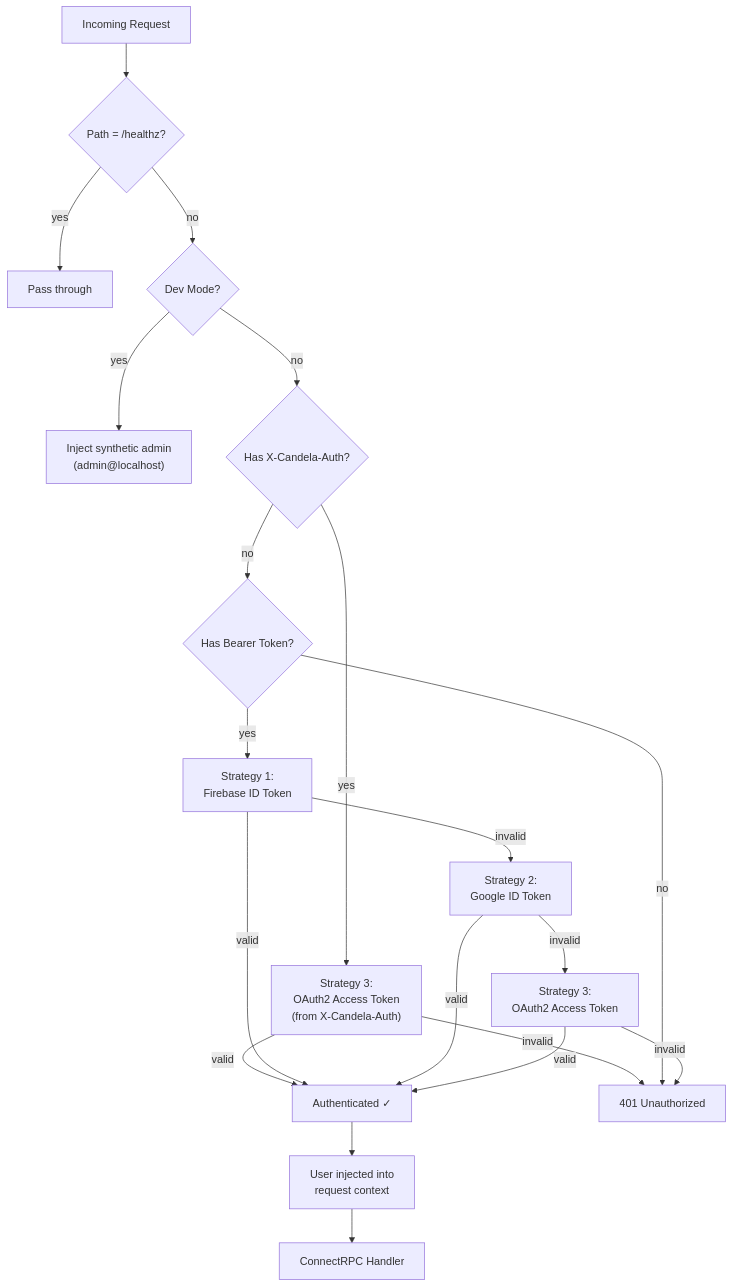
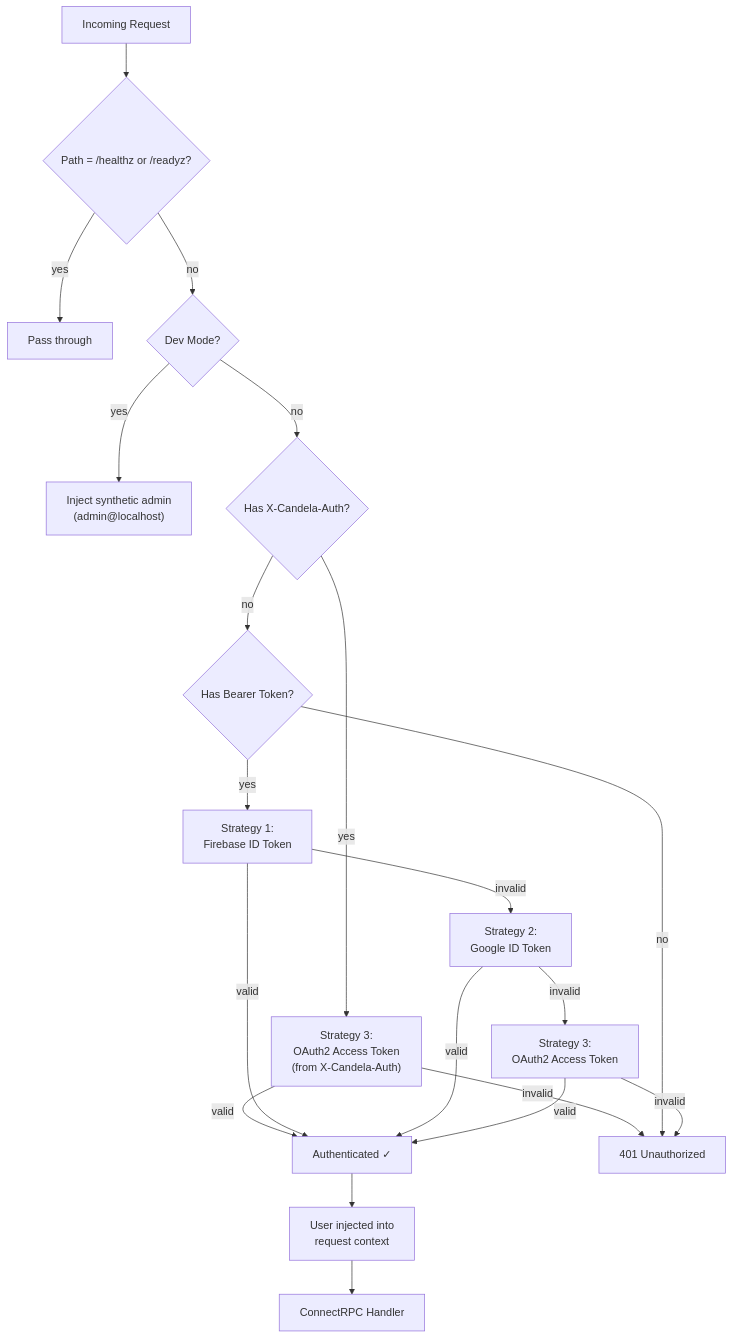
Before and after one commit to candelahq/candela-docs: the diagram in src/content/docs/architecture/security.md, drawn with Mermaid. The commit also changed other lines of this file and 4 other files, not shown here.

````diff
--- a/src/content/docs/architecture/security.md
+++ b/src/content/docs/architecture/security.md
@@ -10,22 +10,22 @@
 ```mermaid
 flowchart TD
-    REQ[Incoming Request] --> SKIP{Path = /healthz?}
+    REQ[Incoming Request] --> SKIP{"Path = /healthz or /readyz?"}
     SKIP -->|yes| PASS[Pass through]
     SKIP -->|no| DEV{Dev Mode?}
     DEV -->|yes| SYNTH["Inject synthetic admin<br/>(admin@localhost)"]
     DEV -->|no| XCA{Has X-Candela-Auth?}
     XCA -->|yes| S3X["Strategy 3:<br/>OAuth2 Access Token<br/>(from X-Candela-Auth)"]
     S3X -->|valid| AUTH[Authenticated ✓]
     S3X -->|invalid| DENY["401 Unauthorized"]
     XCA -->|no| TOK{Has Bearer Token?}
     TOK -->|no| DENY
     TOK -->|yes| S1["Strategy 1:<br/>Firebase ID Token"]
     S1 -->|valid| AUTH
     S1 -->|invalid| S2["Strategy 2:<br/>Google ID Token"]
     S2 -->|valid| AUTH
     S2 -->|invalid| S3["Strategy 3:<br/>OAuth2 Access Token"]
     S3 -->|valid| AUTH
     S3 -->|invalid| DENY
     AUTH --> CTX["User injected into<br/>request context"]
     CTX --> HANDLER[ConnectRPC Handler]
 ```
````
